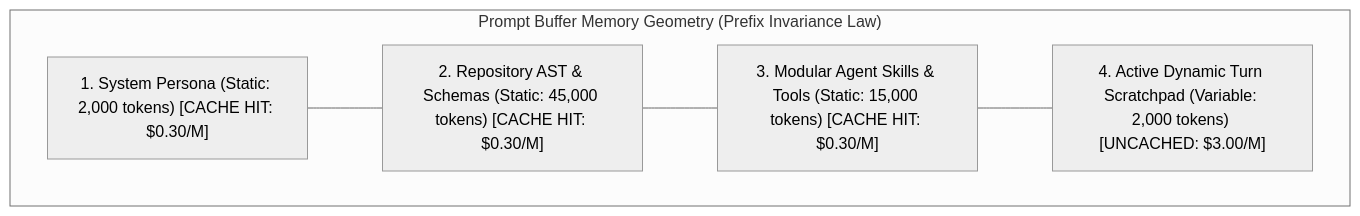
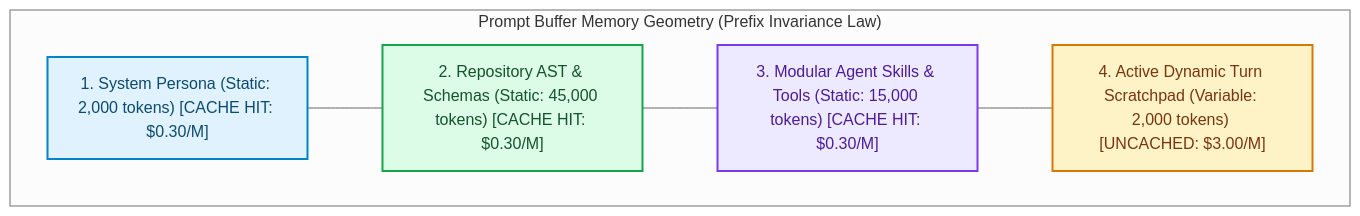
Before and after one commit to akmalkhaniub/akmalkhaniub.github.io: the second of 2 diagrams in blog/posts/token-economics-production-ai-agents-prompt-caching-tiered-routing.md, drawn with Mermaid (neutral theme). The commit also changed other lines of this file and 1291 other files, not shown here.

First line of the commit message:
feat(catalog): unique covers, scholarly references, and diagram palettes

````diff
--- a/blog/posts/token-economics-production-ai-agents-prompt-caching-tiered-routing.md
+++ b/blog/posts/token-economics-production-ai-agents-prompt-caching-tiered-routing.md
@@ -68,11 +79,21 @@
 ```mermaid
 flowchart TD
   subgraph SG3_PromptBufferMemory ["Prompt Buffer Memory Geometry (Prefix Invariance Law)"]
     P1["1. System Persona (Static: 2,000 tokens) [CACHE HIT: $0.30/M]"]
     P2["2. Repository AST & Schemas (Static: 45,000 tokens) [CACHE HIT: $0.30/M]"]
     P3["3. Modular Agent Skills & Tools (Static: 15,000 tokens) [CACHE HIT: $0.30/M]"]
     P4["4. Active Dynamic Turn Scratchpad (Variable: 2,000 tokens) [UNCACHED: $3.00/M]"]
   end
   
   P1 --- P2 --- P3 --- P4
+
+classDef green fill:#dcfce7,stroke:#16a34a,stroke-width:2px,color:#14532d;
+classDef red fill:#fee2e2,stroke:#dc2626,stroke-width:2px,color:#7f1d1d;
+classDef blue fill:#e0f2fe,stroke:#0284c7,stroke-width:2px,color:#0c4a6e;
+classDef yellow fill:#fef3c7,stroke:#d97706,stroke-width:2px,color:#78350f;
+classDef purple fill:#ede9fe,stroke:#7c3aed,stroke-width:2px,color:#4c1d95;
+class P1 blue
+class P2 green
+class P3 purple
+class P4 yellow
 ```
````
